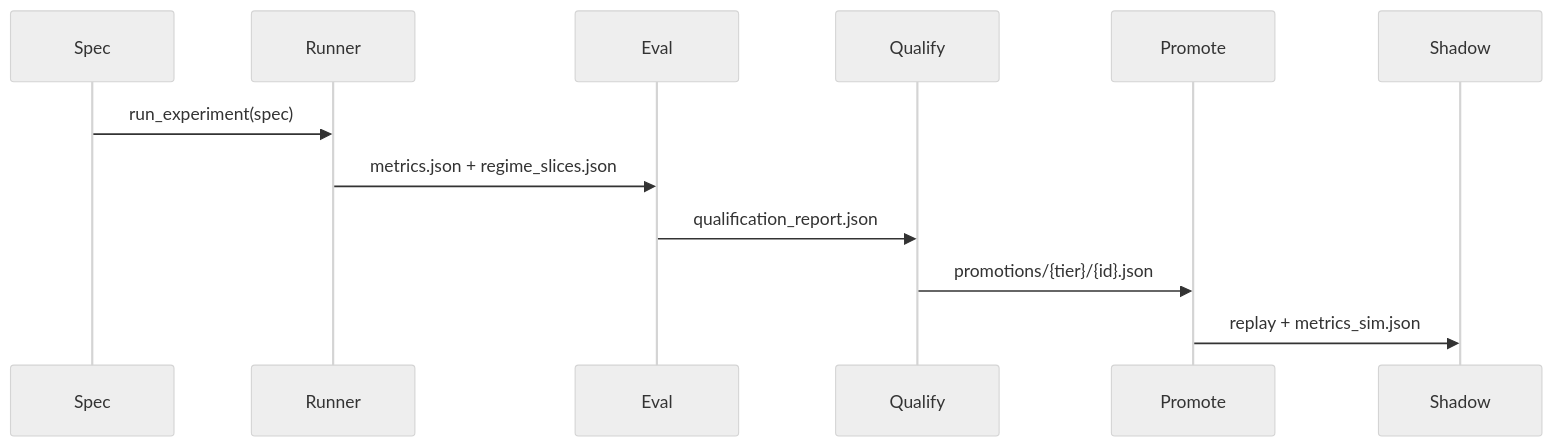
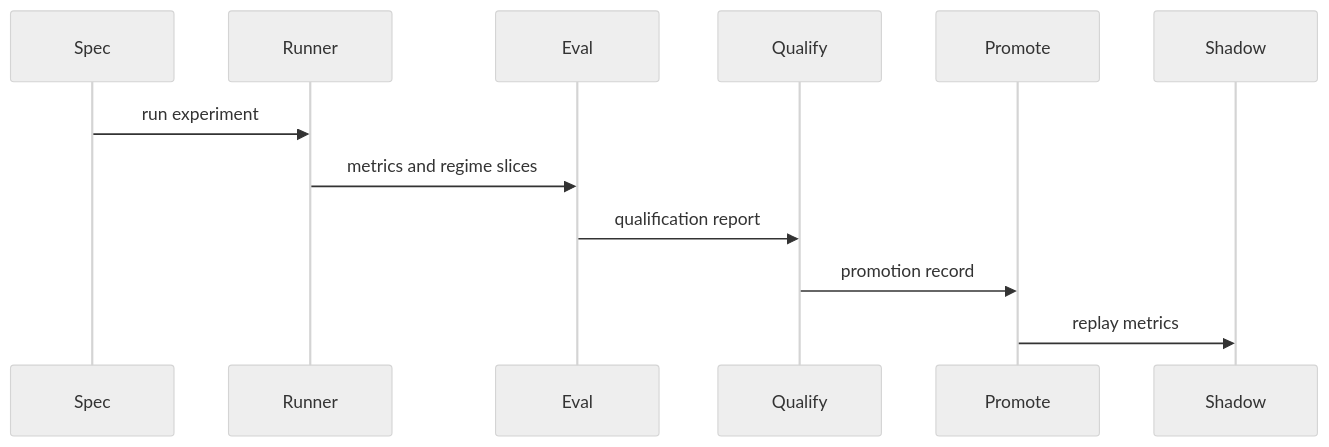
The third of 3 diagrams in README.md (skyliquid22/Quanto), drawn with Mermaid (neutral theme) before and after one commit. The commit also changed other lines of this file, not shown here.

Commit message:
fix: simplify mermaid diagrams for GitHub

````diff
--- a/README.md
+++ b/README.md
@@ -174,14 +174,14 @@
 ```mermaid
 sequenceDiagram
     participant Spec
     participant Runner
     participant Eval
     participant Qualify
     participant Promote
     participant Shadow
-    Spec->>Runner: run_experiment(spec)
-    Runner->>Eval: metrics.json + regime_slices.json
-    Eval->>Qualify: qualification_report.json
-    Qualify->>Promote: promotions/{tier}/{id}.json
-    Promote->>Shadow: replay + metrics_sim.json
+    Spec->>Runner: run experiment
+    Runner->>Eval: metrics and regime slices
+    Eval->>Qualify: qualification report
+    Qualify->>Promote: promotion record
+    Promote->>Shadow: replay metrics
 ```
````
